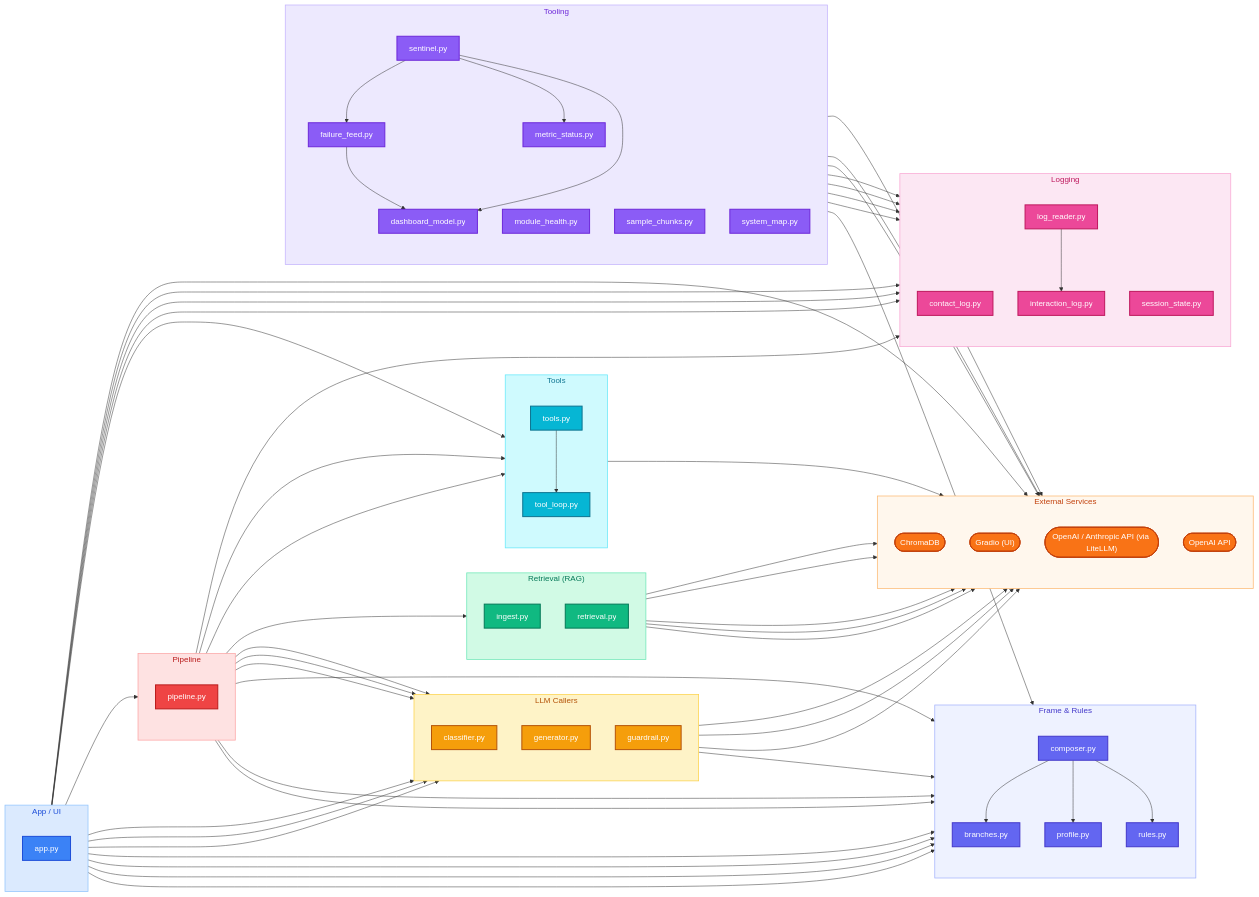
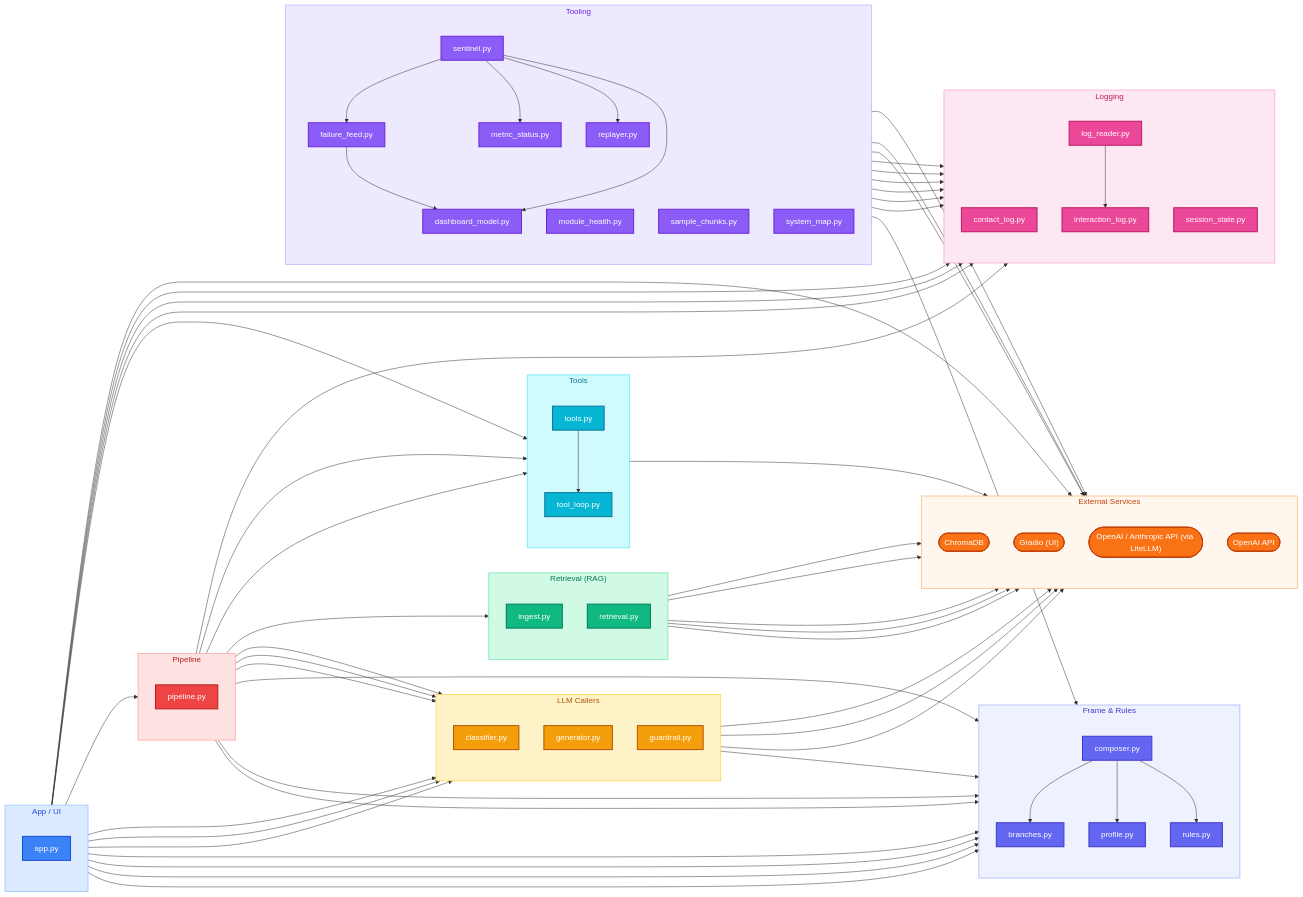
Before and after one commit to AlejandroFuentePinero/digital-twin: the second of 2 diagrams in docs/MAP.md, drawn with Mermaid. The commit also changed other lines of this file and 6 other files, not shown here.

```diff
--- a/docs/MAP.md
+++ b/docs/MAP.md
@@ -140,6 +140,7 @@
     failure_feed["failure_feed.py"]:::tooling
     metric_status["metric_status.py"]:::tooling
     module_health["module_health.py"]:::tooling
+    replayer["replayer.py"]:::tooling
     sample_chunks["sample_chunks.py"]:::tooling
     sentinel["sentinel.py"]:::tooling
     system_map["system_map.py"]:::tooling
@@ -183,12 +184,15 @@
   pipeline --> retrieval
   pipeline --> rules
   pipeline --> tools
+  replayer --> interaction_log
+  replayer --> log_reader
   sentinel --> branches
   sentinel --> dashboard_model
   sentinel --> failure_feed
   sentinel --> interaction_log
   sentinel --> log_reader
   sentinel --> metric_status
+  sentinel --> replayer
   tools --> tool_loop
   app --> ext_Gradio__UI_
   classifier --> ext_OpenAI___Anthropic_API__via_LiteLLM_
```
